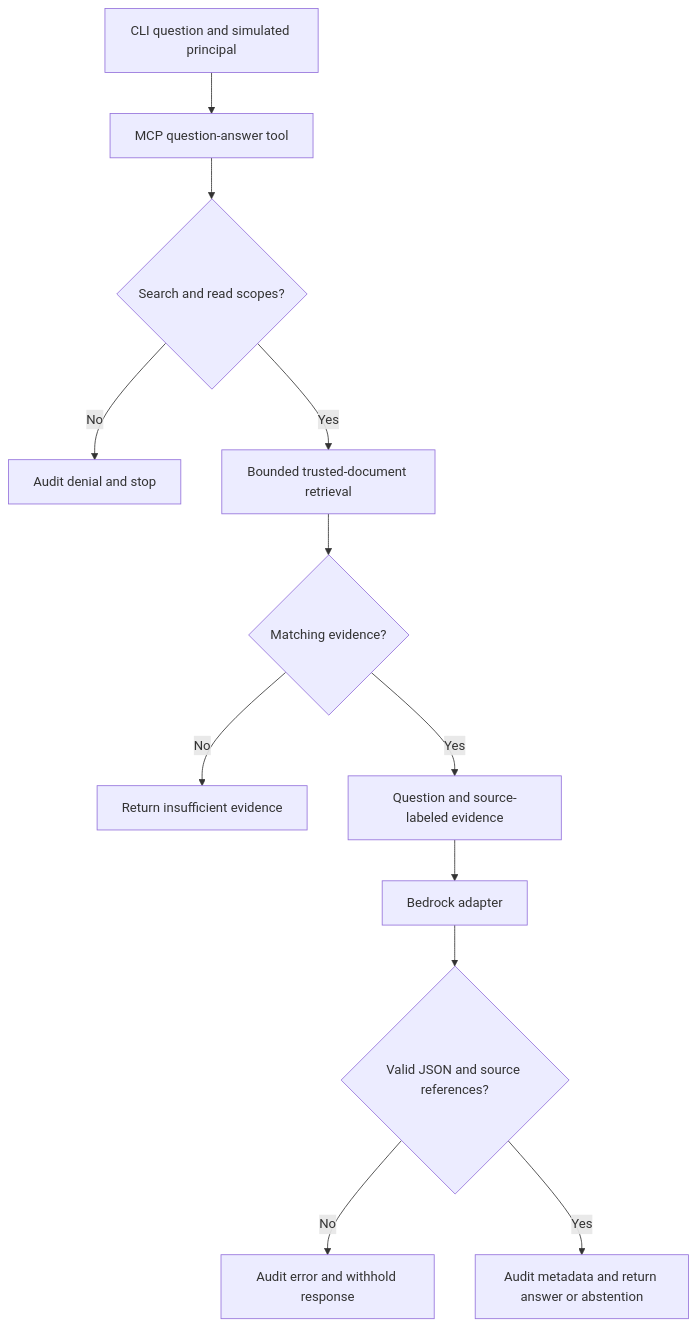
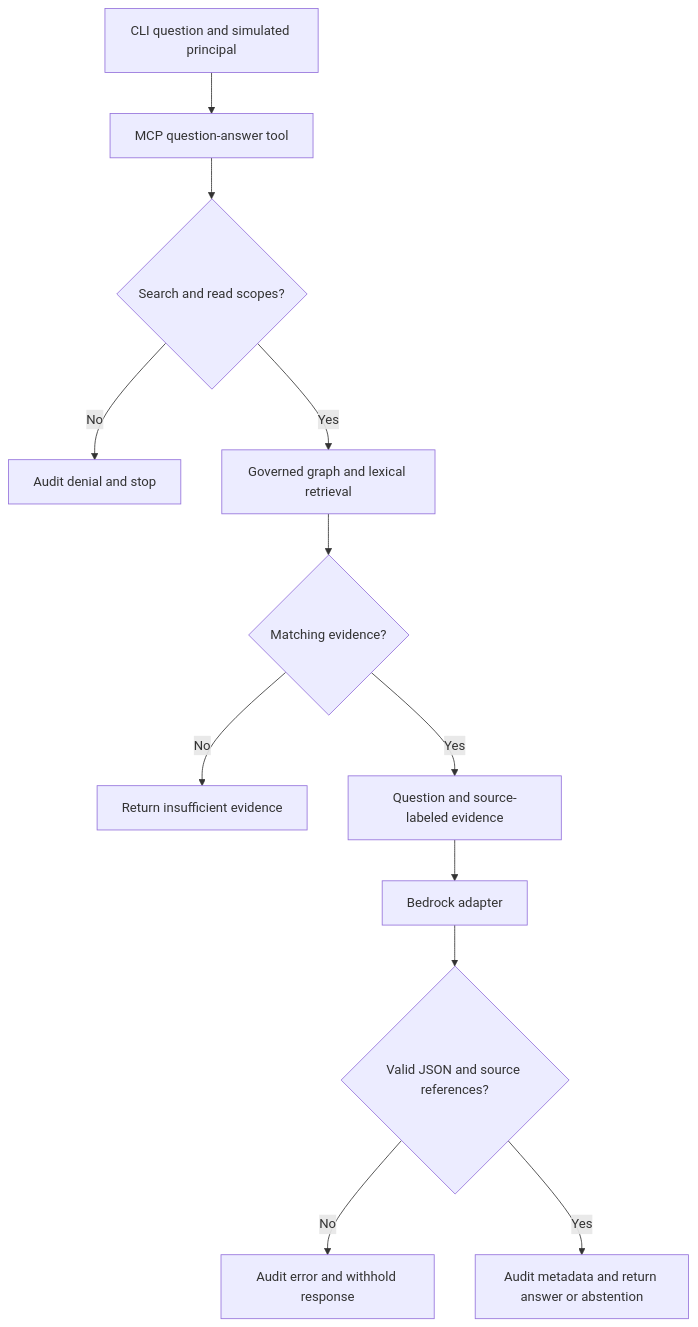
Before and after one commit to burcuhuff/AI-Security-Portfolio: the first of 2 diagrams in secure-enterprise-mcp/docs/RAG_WALKTHROUGH.md, drawn with Mermaid. The commit also changed other lines of this file and 6 other files, not shown here.

Commit message:
Added source linked graph grounding to read only RAG

````diff
--- a/secure-enterprise-mcp/docs/RAG_WALKTHROUGH.md
+++ b/secure-enterprise-mcp/docs/RAG_WALKTHROUGH.md
@@ -21,14 +22,14 @@
 ```mermaid
 flowchart TD
     U[CLI question and simulated principal] --> T[MCP question-answer tool]
     T --> A{Search and read scopes?}
     A -->|No| D[Audit denial and stop]
-    A -->|Yes| R[Bounded trusted-document retrieval]
+    A -->|Yes| R[Governed graph and lexical retrieval]
     R --> E{Matching evidence?}
     E -->|No| N[Return insufficient evidence]
     E -->|Yes| P[Question and source-labeled evidence]
     P --> B[Bedrock adapter]
     B --> V{Valid JSON and source references?}
     V -->|No| X[Audit error and withhold response]
     V -->|Yes| O[Audit metadata and return answer or abstention]
 ```
````
